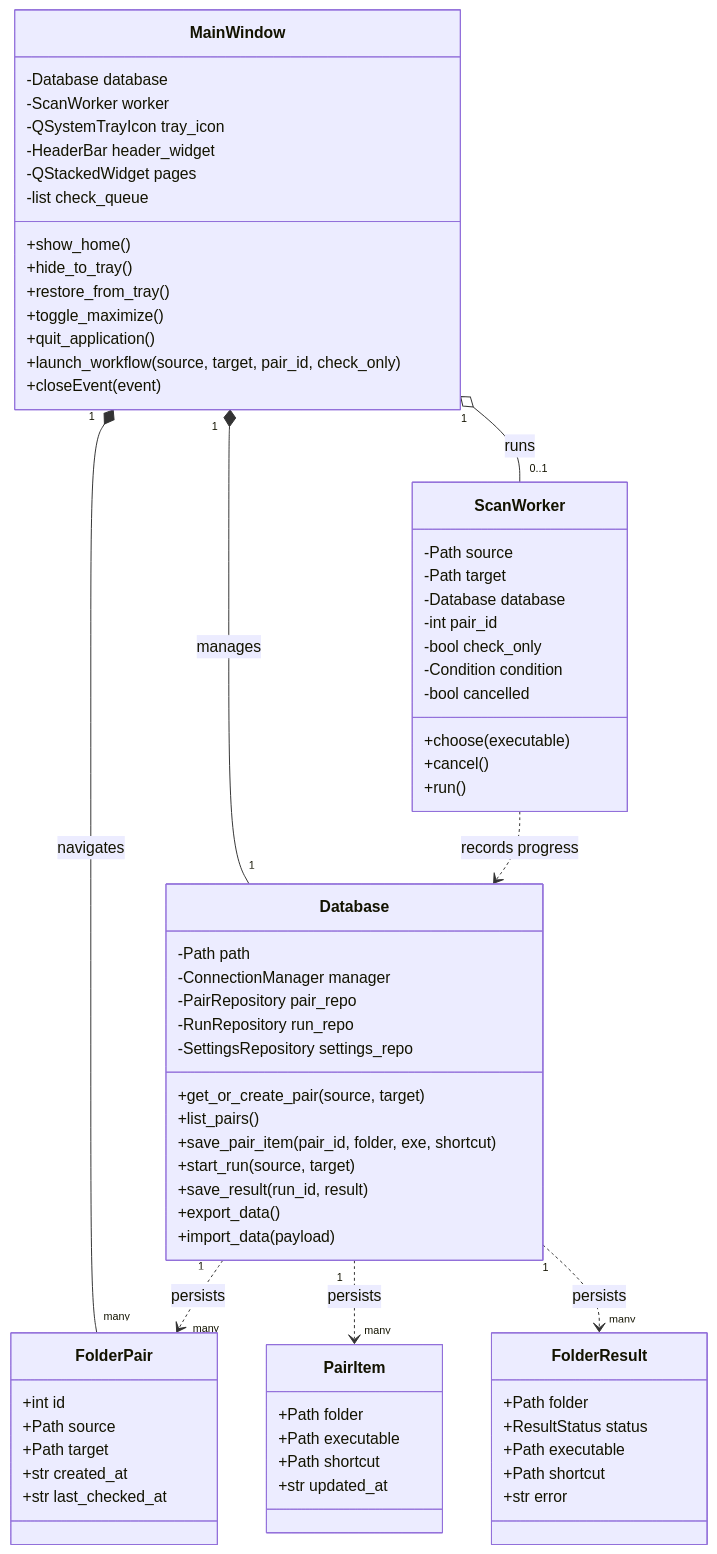
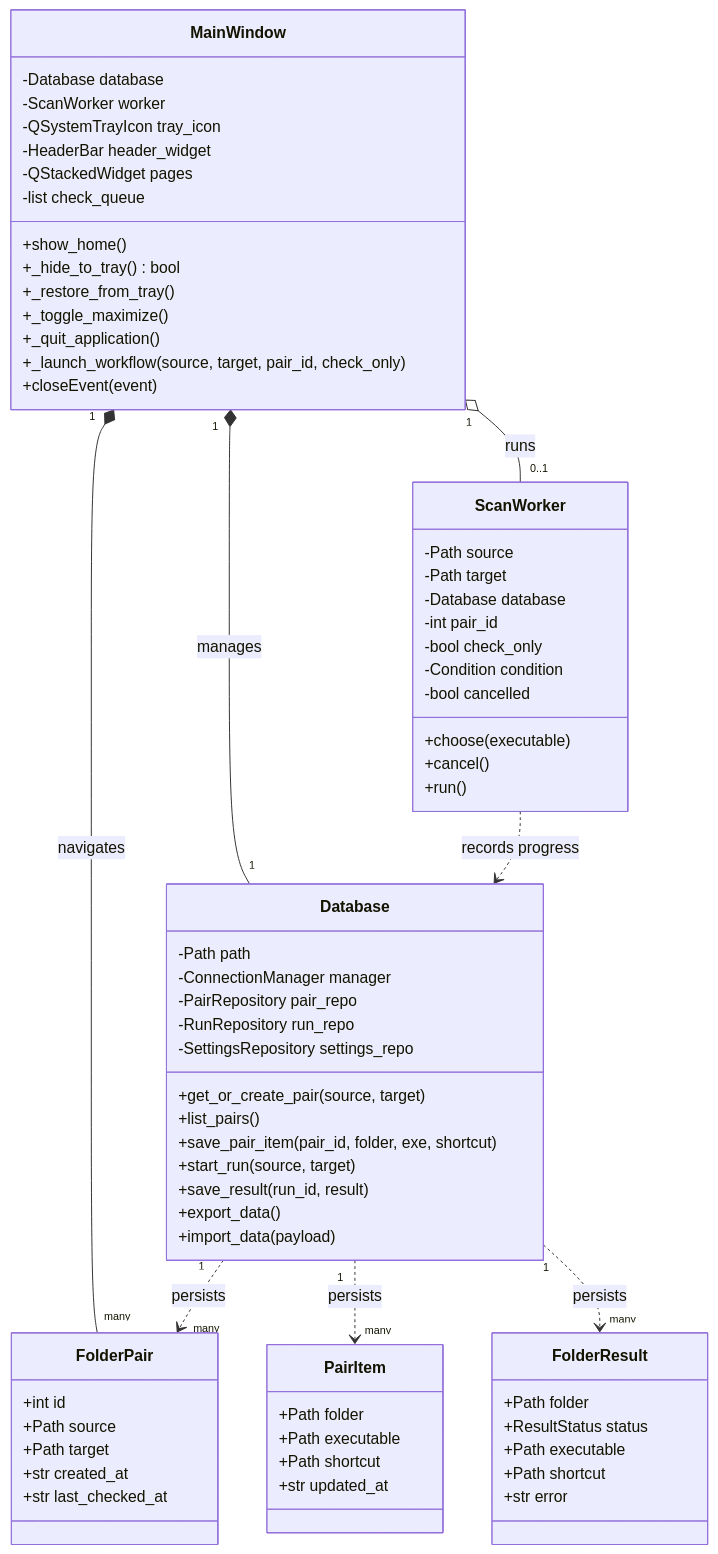
One commit to tbkmax/ShortcutStudio changed the first of 4 diagrams in shortcut_studio/doc/workflow_diagram.md. Above: the diagram before and after it, drawn with Mermaid. The commit also changed other lines of this file and 40 other files, not shown here.

````diff
--- a/shortcut_studio/doc/workflow_diagram.md
+++ b/shortcut_studio/doc/workflow_diagram.md
@@ -11,78 +11,78 @@
 ```mermaid
 classDiagram
     direction TB
     class MainWindow {
         -Database database
         -ScanWorker worker
         -QSystemTrayIcon tray_icon
         -HeaderBar header_widget
         -QStackedWidget pages
         -list check_queue
         +show_home()
-        +hide_to_tray()
-        +restore_from_tray()
-        +toggle_maximize()
-        +quit_application()
-        +launch_workflow(source, target, pair_id, check_only)
+        +_hide_to_tray() bool
+        +_restore_from_tray()
+        +_toggle_maximize()
+        +_quit_application()
+        +_launch_workflow(source, target, pair_id, check_only)
         +closeEvent(event)
     }
 
     class ScanWorker {
         -Path source
         -Path target
         -Database database
         -int pair_id
         -bool check_only
         -Condition condition
         -bool cancelled
         +choose(executable)
         +cancel()
         +run()
     }
 
     class Database {
         -Path path
         -ConnectionManager manager
         -PairRepository pair_repo
         -RunRepository run_repo
         -SettingsRepository settings_repo
         +get_or_create_pair(source, target)
         +list_pairs()
         +save_pair_item(pair_id, folder, exe, shortcut)
         +start_run(source, target)
         +save_result(run_id, result)
         +export_data()
         +import_data(payload)
     }
 
     class FolderPair {
         +int id
         +Path source
         +Path target
         +str created_at
         +str last_checked_at
     }
 
     class PairItem {
         +Path folder
         +Path executable
         +Path shortcut
         +str updated_at
     }
 
     class FolderResult {
         +Path folder
         +ResultStatus status
         +Path executable
         +Path shortcut
         +str error
     }
 
     MainWindow "1" *-- "1" Database : manages
     MainWindow "1" o-- "0..1" ScanWorker : runs
     MainWindow "1" *-- "many" FolderPair : navigates
     Database "1" ..> "many" FolderPair : persists
     Database "1" ..> "many" PairItem : persists
     Database "1" ..> "many" FolderResult : persists
     ScanWorker ..> Database : records progress
 ```
````
